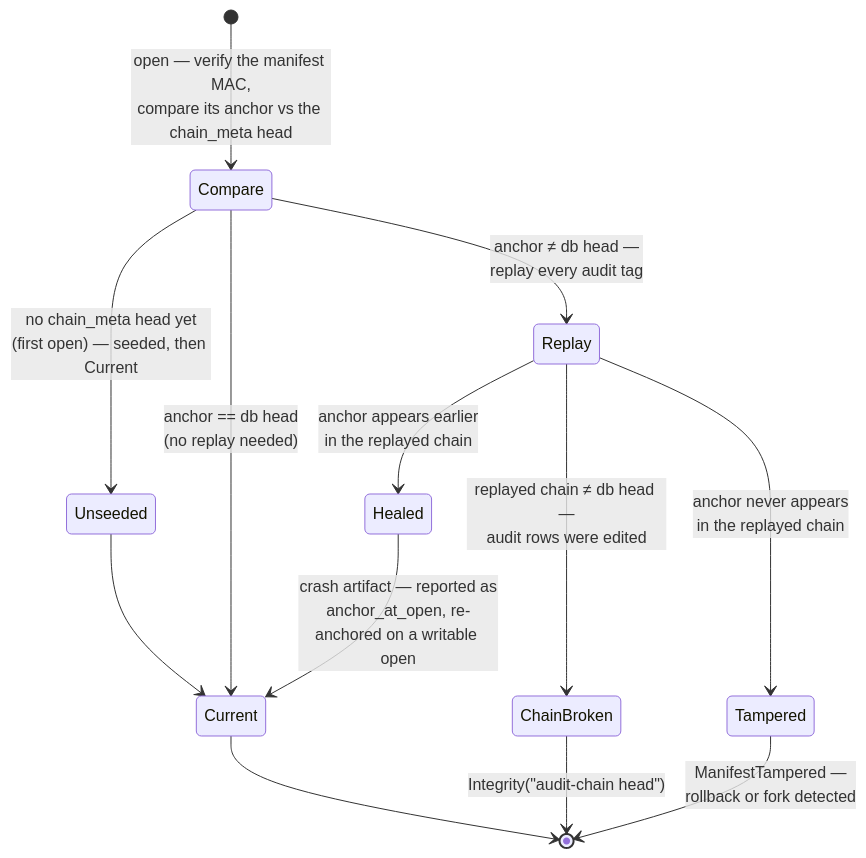
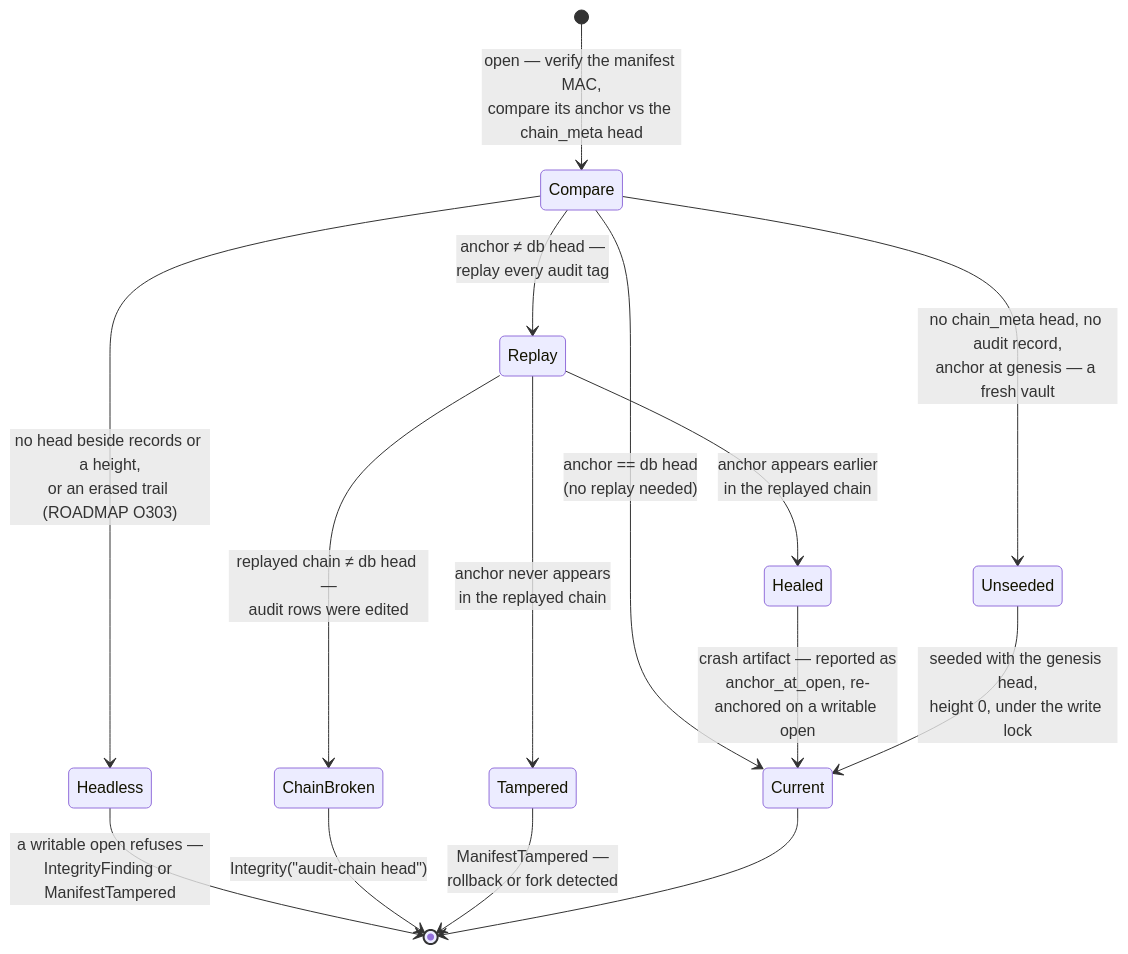
One commit to sealcroft/undercroft changed the second of 3 diagrams in docs/security.md. Above: the diagram before and after it, drawn with Mermaid. The commit also changed 19 other files, not shown here.

````diff
--- a/docs/security.md
+++ b/docs/security.md
@@ -119,15 +119,17 @@
 ```mermaid
 stateDiagram-v2
     [*] --> Compare: open — verify the manifest MAC,<br/>compare its anchor vs the chain_meta head
-    Compare --> Unseeded: no chain_meta head yet<br/>(first open) — seeded, then Current
+    Compare --> Unseeded: no chain_meta head, no audit record,<br/>anchor at genesis — a fresh vault
+    Compare --> Headless: no head beside records or a height,<br/>or an erased trail (ROADMAP O303)
     Compare --> Current: anchor == db head<br/>(no replay needed)
     Compare --> Replay: anchor ≠ db head —<br/>replay every audit tag
     Replay --> Healed: anchor appears earlier<br/>in the replayed chain
     Replay --> ChainBroken: replayed chain ≠ db head —<br/>audit rows were edited
     Replay --> Tampered: anchor never appears<br/>in the replayed chain
     Healed --> Current: crash artifact — reported as<br/>anchor_at_open, re-anchored on a writable open
-    Unseeded --> Current
+    Unseeded --> Current: seeded with the genesis head,<br/>height 0, under the write lock
+    Headless --> [*]: a writable open refuses —<br/>IntegrityFinding or ManifestTampered
     ChainBroken --> [*]: Integrity("audit-chain head")
     Tampered --> [*]: ManifestTampered —<br/>rollback or fork detected
     Current --> [*]
 ```
````
